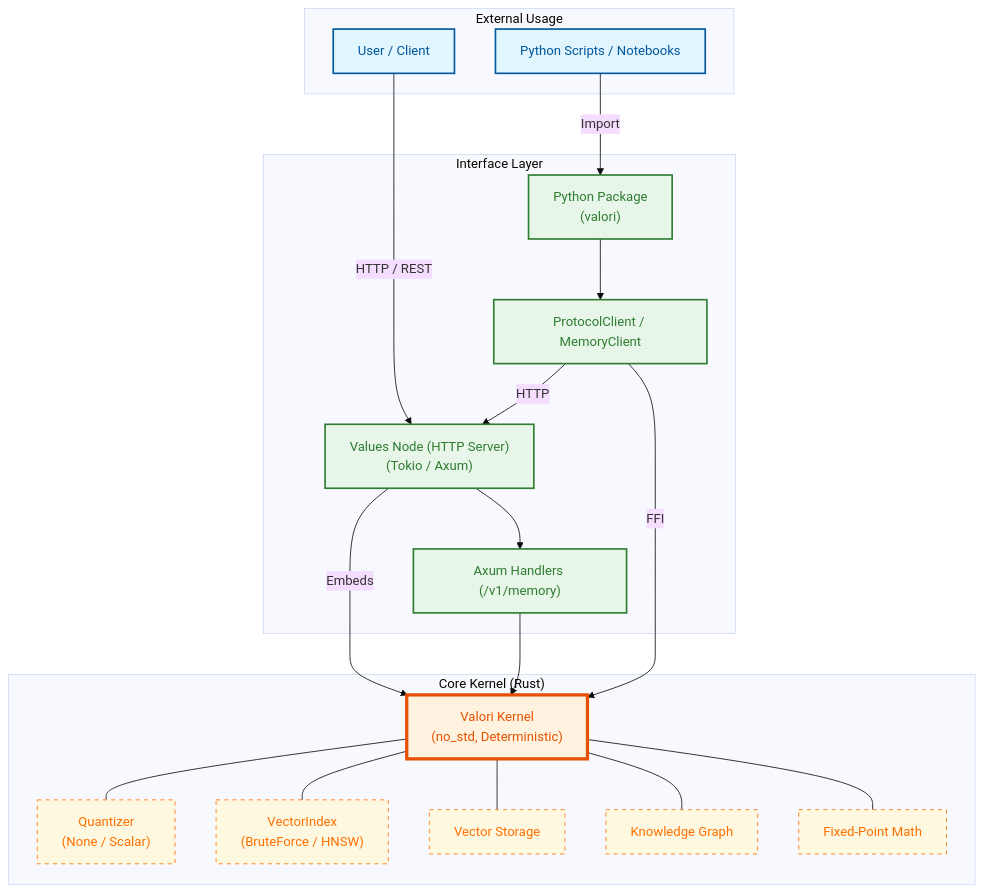
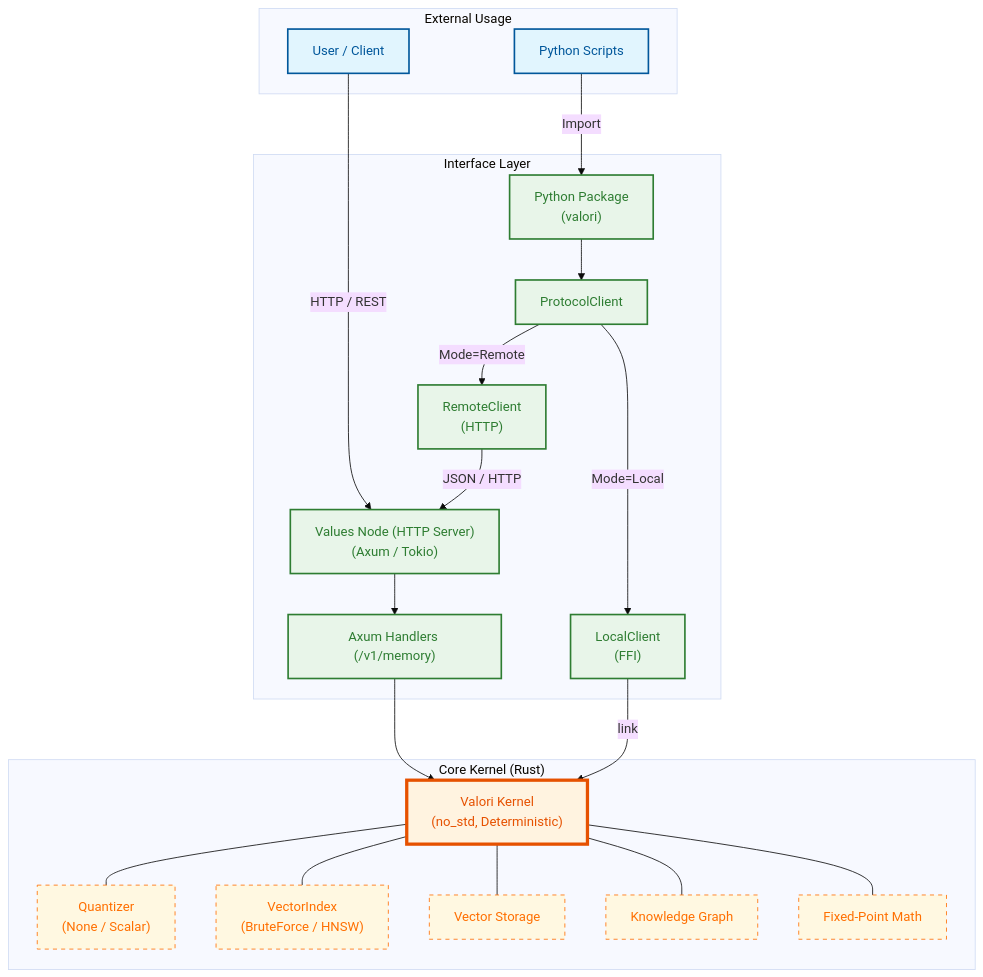
The diagram in architecture.md (varshith-Git/Valori-Kernel), drawn with Mermaid (base theme) before and after one commit. The commit also changed 1 other file, not shown here.

Commit message:
docs: update architecture diagram and function reference for remote protocol

````diff
--- a/architecture.md
+++ b/architecture.md
@@ -9,59 +9,63 @@
 ```mermaid
 graph TD
     %% Style Definitions
     classDef external fill:#e1f5fe,stroke:#01579b,stroke-width:2px,color:#01579b;
     classDef interface fill:#e8f5e9,stroke:#2e7d32,stroke-width:2px,color:#2e7d32;
     classDef core fill:#fff3e0,stroke:#e65100,stroke-width:4px,color:#e65100;
     classDef internal fill:#fff8e1,stroke:#ff6f00,stroke-width:1px,stroke-dasharray: 5 5,color:#ff6f00;
 
     subgraph External["External Usage"]
         User[User / Client]
-        PyScript[Python Scripts / Notebooks]
+        PyScript[Python Scripts]
     end
 
     subgraph Interface["Interface Layer"]
-        NodeService["Values Node (HTTP Server)<br/>(Tokio / Axum)"]
+        NodeService["Values Node (HTTP Server)<br/>(Axum / Tokio)"]
         PythonPkg["Python Package<br/>(valori)"]
         
         %% Protocol Components
-        VMP_Py["ProtocolClient / MemoryClient"]
+        Protocol["ProtocolClient"]
+        Local["LocalClient<br/>(FFI)"]
+        Remote["RemoteClient<br/>(HTTP)"]
+        
         VMP_API["Axum Handlers (/v1/memory)"]
     end
 
     subgraph Core["Core Kernel (Rust)"]
         Kernel["Valori Kernel<br/>(no_std, Deterministic)"]
         
         FXP[Fixed-Point Math]
         Graph[Knowledge Graph]
         Vector[Vector Storage]
         
         %% Traits
         Index["VectorIndex<br/>(BruteForce / HNSW)"]
         Quant["Quantizer<br/>(None / Scalar)"]
     end
 
     %% Relationships
     User -->|HTTP / REST| NodeService
     PyScript -->|Import| PythonPkg
     
-    PythonPkg --> VMP_Py
+    PythonPkg --> Protocol
+    Protocol -->|Mode=Local| Local
+    Protocol -->|Mode=Remote| Remote
+
+    Local -->|link| Kernel
+    Remote -->|JSON / HTTP| NodeService
+    
     NodeService --> VMP_API
-    
-    VMP_Py -->|FFI| Kernel
-    VMP_Py -->|HTTP| NodeService
-    
-    NodeService -->|Embeds| Kernel
     VMP_API --> Kernel
 
     Kernel --- FXP
     Kernel --- Graph
     Kernel --- Vector
     Kernel --- Index
     Kernel --- Quant
 
     %% Apply Classes
     class User,PyScript external;
-    class NodeService,PythonPkg,VMP_Py,VMP_API interface;
+    class NodeService,PythonPkg,Protocol,Local,Remote,VMP_API interface;
     class Kernel core;
     class FXP,Graph,Vector,Index,Quant internal;
 ```
````
